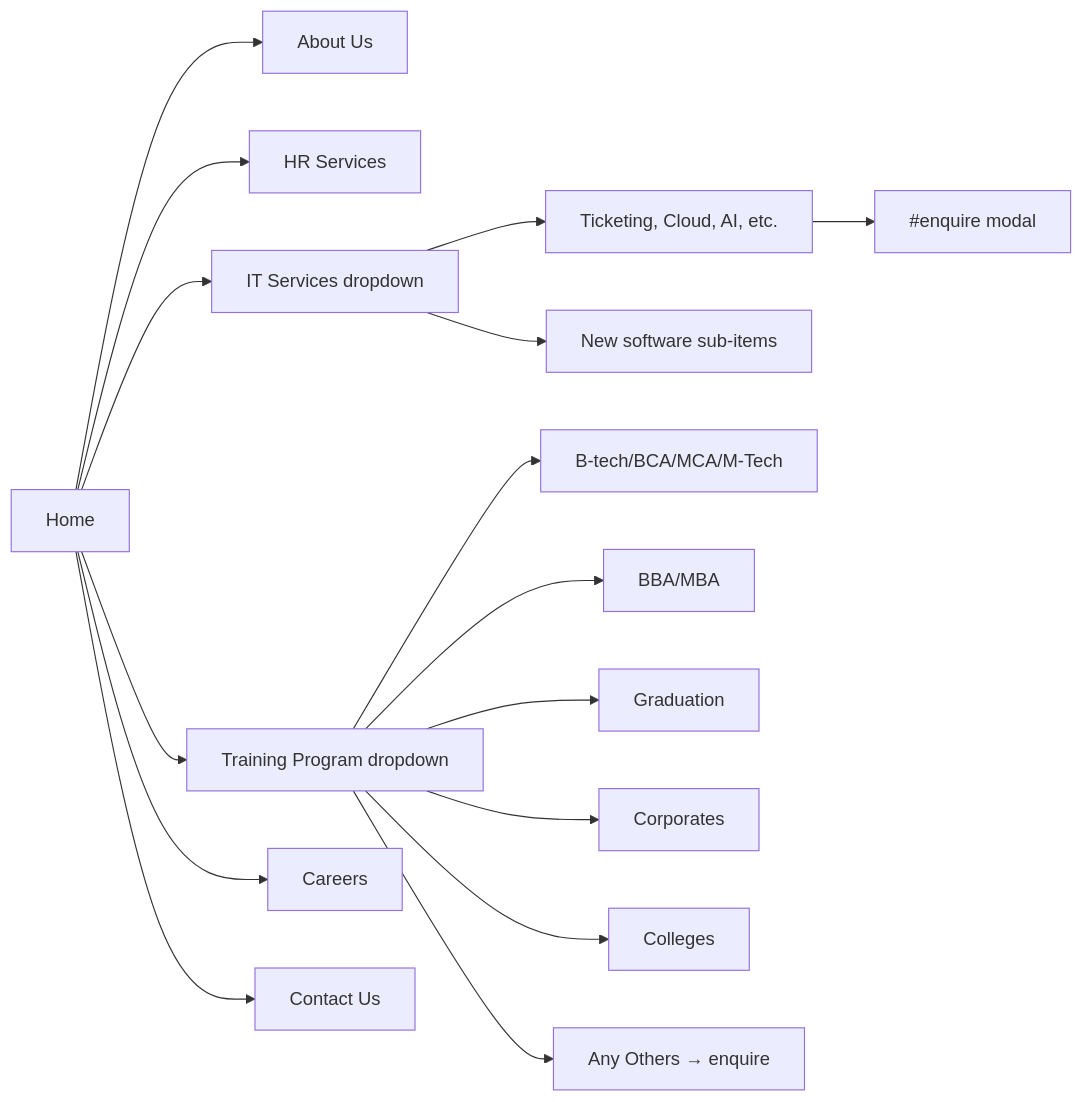
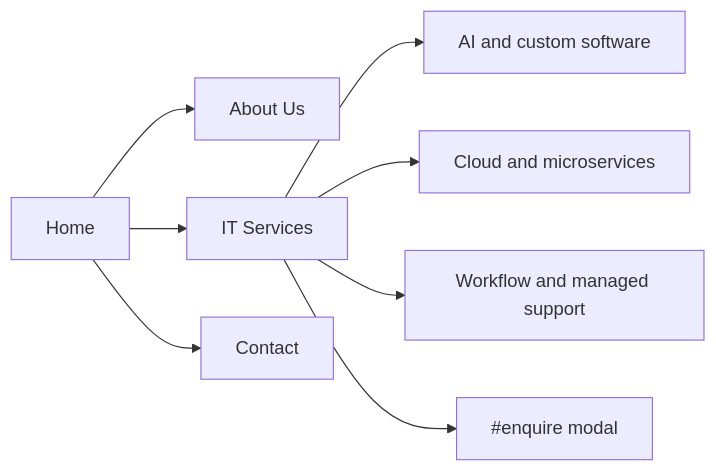
Before and after one commit to gagandeep2299/JMMGINFO: the fourth of 8 diagrams in docs/SYSTEM_DESIGN.md, drawn with Mermaid. The commit also changed other lines of this file and 18 other files, not shown here.

````diff
--- a/docs/SYSTEM_DESIGN.md
+++ b/docs/SYSTEM_DESIGN.md
@@ -175,28 +175,16 @@
 ```mermaid
 flowchart LR
     Home[Home]
     About[About Us]
-    HR[HR Services]
-    IT[IT Services dropdown]
-    Train[Training Program dropdown]
-    Careers[Careers]
-    Contact[Contact Us]
+    IT[IT Services]
+    Contact[Contact]
 
     Home --> About
-    Home --> HR
     Home --> IT
-    Home --> Train
-    Home --> Careers
     Home --> Contact
 
-    IT --> IT1[Ticketing, Cloud, AI, etc.]
-    IT --> IT2[New software sub-items]
-    IT1 --> Enquire[#enquire modal]
-
-    Train --> T1[B-tech/BCA/MCA/M-Tech]
-    Train --> T2[BBA/MBA]
-    Train --> T3[Graduation]
-    Train --> T4[Corporates]
-    Train --> T5[Colleges]
-    Train --> T6[Any Others → enquire]
+    IT --> IT1[AI and custom software]
+    IT --> IT2[Cloud and microservices]
+    IT --> IT3[Workflow and managed support]
+    IT --> Enquire[#enquire modal]
 ```
````
